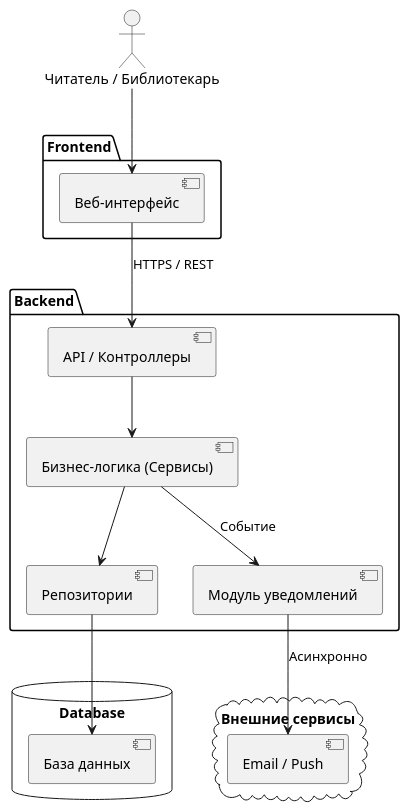
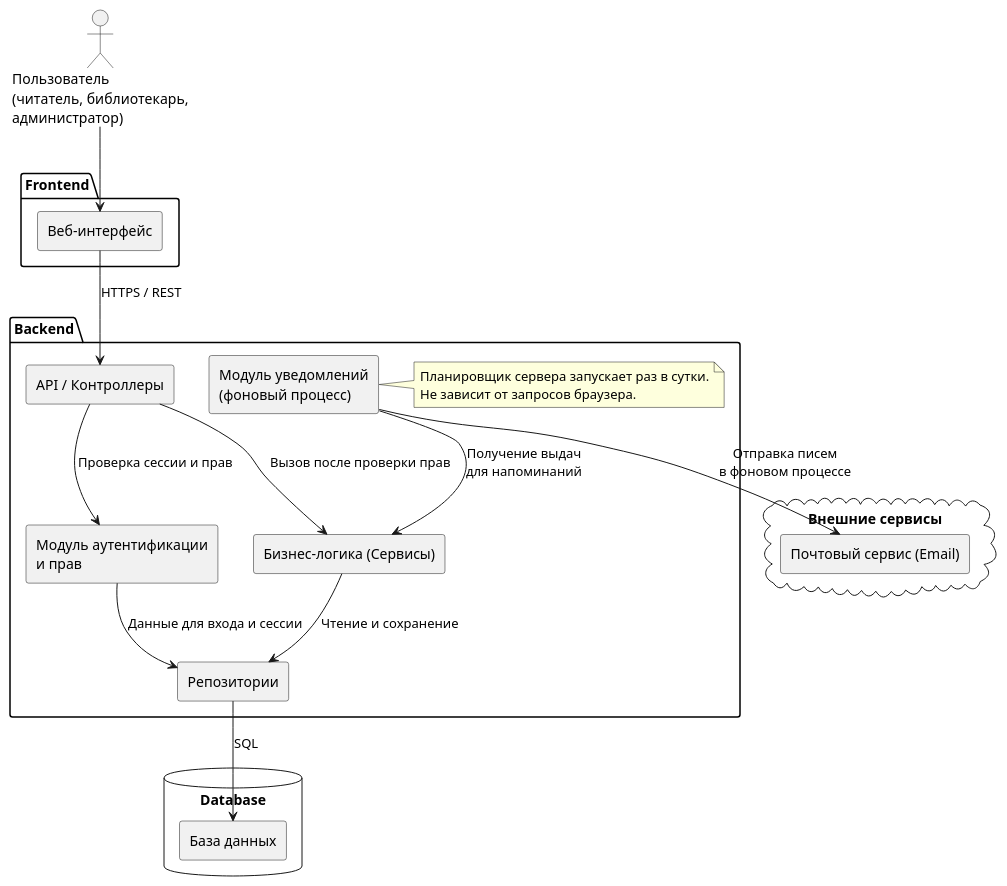
One commit to triple-alex/isit-lab changed the diagram in lab3/diagrams/architecture.puml. Above: the diagram before and after it, drawn with PlantUML. The commit also changed 4 other files, not shown here.

Commit message:
Lab 3: architecture and diagrams

```diff
--- a/lab3/diagrams/architecture.puml
+++ b/lab3/diagrams/architecture.puml
@@ -1,32 +1,42 @@
 @startuml
 top to bottom direction
+skinparam shadowing false
+skinparam componentStyle rectangle
 
-actor "Читатель / Библиотекарь" as User
+actor "Пользователь\n(читатель, библиотекарь,\nадминистратор)" as User
 
 package "Frontend" {
   [Веб-интерфейс] as UI
 }
 
 package "Backend" {
   [API / Контроллеры] as Controllers
+  [Модуль аутентификации\nи прав] as Auth
   [Бизнес-логика (Сервисы)] as Services
   [Репозитории] as Repos
-  [Модуль уведомлений] as Notify
+  [Модуль уведомлений\n(фоновый процесс)] as Notify
+
+  note right of Notify
+    Планировщик сервера запускает раз в сутки.
+    Не зависит от запросов браузера.
+  end note
 }
 
 database "Database" {
   [База данных] as DB
 }
 
 cloud "Внешние сервисы" {
-  [Email / Push] as Ext
+  [Почтовый сервис (Email)] as Ext
 }
 
 User --> UI
 UI --> Controllers : HTTPS / REST
-Controllers --> Services
-Services --> Repos
-Repos --> DB
-Services --> Notify : Событие
-Notify --> Ext : Асинхронно
+Controllers --> Auth : Проверка сессии и прав
+Auth --> Repos : Данные для входа и сессии
+Controllers --> Services : Вызов после проверки прав
+Services --> Repos : Чтение и сохранение
+Repos --> DB : SQL
+Notify --> Services : Получение выдач\nдля напоминаний
+Notify --> Ext : Отправка писем\nв фоновом процессе
 @enduml
```
